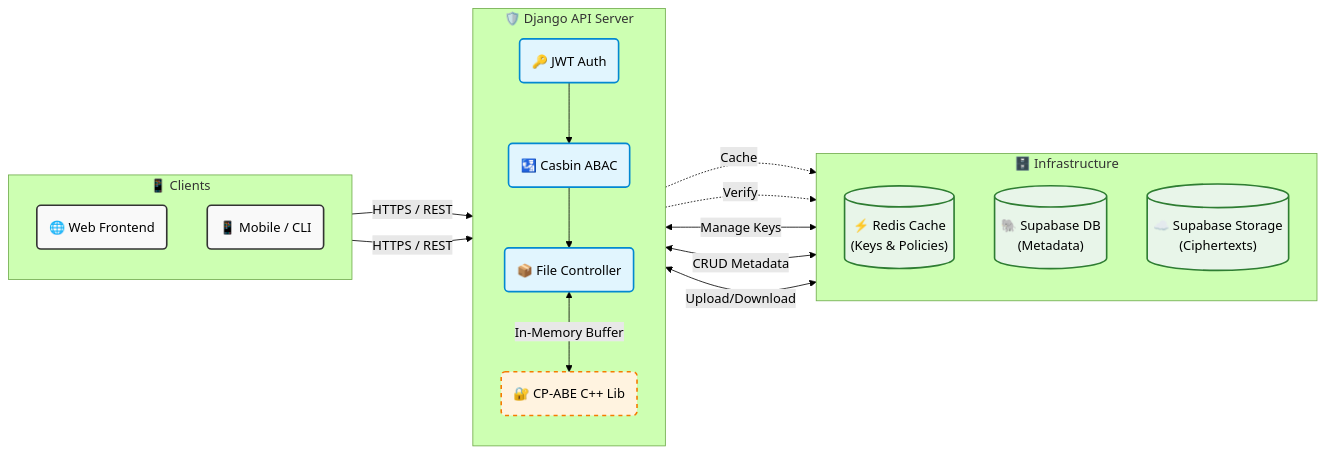
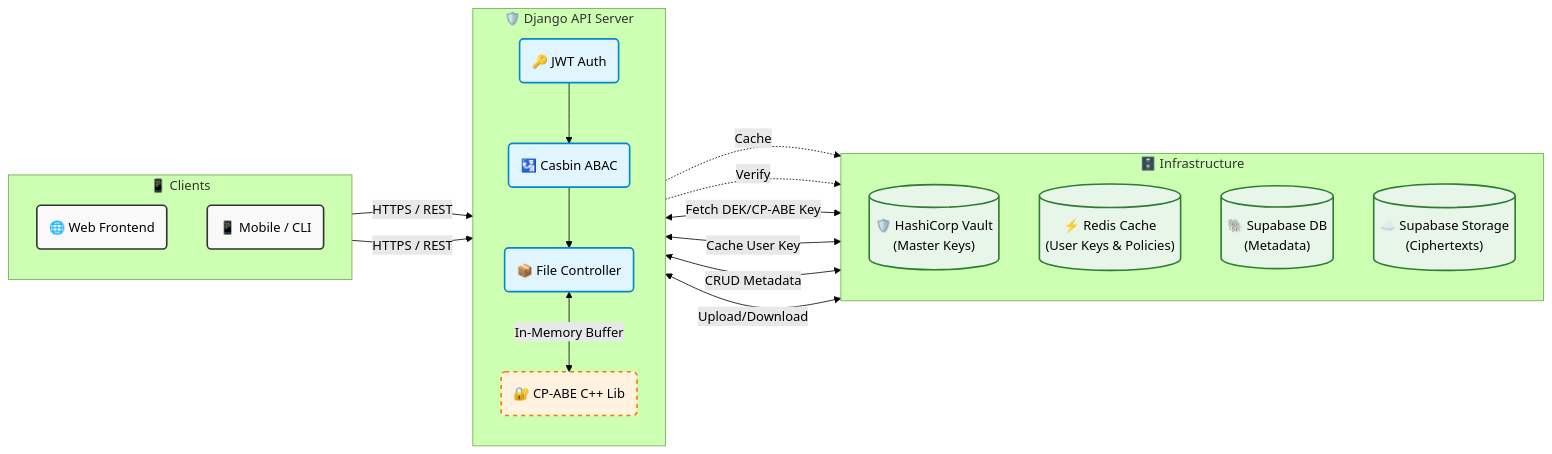
Before and after one commit to WanThinnn/Cloud-Policy-Crypto-Access: the diagram in README.md, drawn with Mermaid (forest theme). The commit also changed other lines of this file and 6 other files, not shown here.

````diff
--- a/README.md
+++ b/README.md
@@ -42,42 +44,44 @@
 ```mermaid
 flowchart LR
     classDef client fill:#f9f9f9,stroke:#333,stroke-width:2px;
     classDef gateway fill:#e1f5fe,stroke:#0288d1,stroke-width:2px;
     classDef datalayer fill:#e8f5e9,stroke:#2e7d32,stroke-width:2px;
     classDef core fill:#fff3e0,stroke:#f57c00,stroke-width:2px,stroke-dasharray: 5 5;
 
     subgraph Clients ["📱 Clients"]
         direction TB
         Web("🌐 Web Frontend"):::client
         Mob("📱 Mobile / CLI"):::client
     end
 
     subgraph Gateway ["🛡️ Django API Server"]
         direction TB
         Auth("🔑 JWT Auth"):::gateway
         Casbin("🛂 Casbin ABAC"):::gateway
         Ctrl("📦 File Controller"):::gateway
         CPABE("🔐 CP-ABE C++ Lib"):::core
         
         Auth --> Casbin
         Casbin --> Ctrl
         Ctrl <-->|In-Memory Buffer| CPABE
     end
 
     subgraph DataLayer ["🗄️ Infrastructure"]
         direction TB
-        Redis[("⚡ Redis Cache<br/>(Keys & Policies)")]:::datalayer
+        Vault[("🛡️ HashiCorp Vault<br/>(Master Keys)")]:::datalayer
+        Redis[("⚡ Redis Cache<br/>(User Keys & Policies)")]:::datalayer
         DB[("🐘 Supabase DB<br/>(Metadata)")]:::datalayer
         Storage[("☁️ Supabase Storage<br/>(Ciphertexts)")]:::datalayer
     end
 
     Web -->|HTTPS / REST| Auth
     Mob -->|HTTPS / REST| Auth
     
     Casbin -.->|Cache| Redis
     Casbin -.->|Verify| DB
     
-    Ctrl <-->|Manage Keys| Redis
+    Ctrl <-->|Fetch DEK/CP-ABE Key| Vault
+    Ctrl <-->|Cache User Key| Redis
     Ctrl <-->|CRUD Metadata| DB
     Ctrl <-->|Upload/Download| Storage
 ```
````
